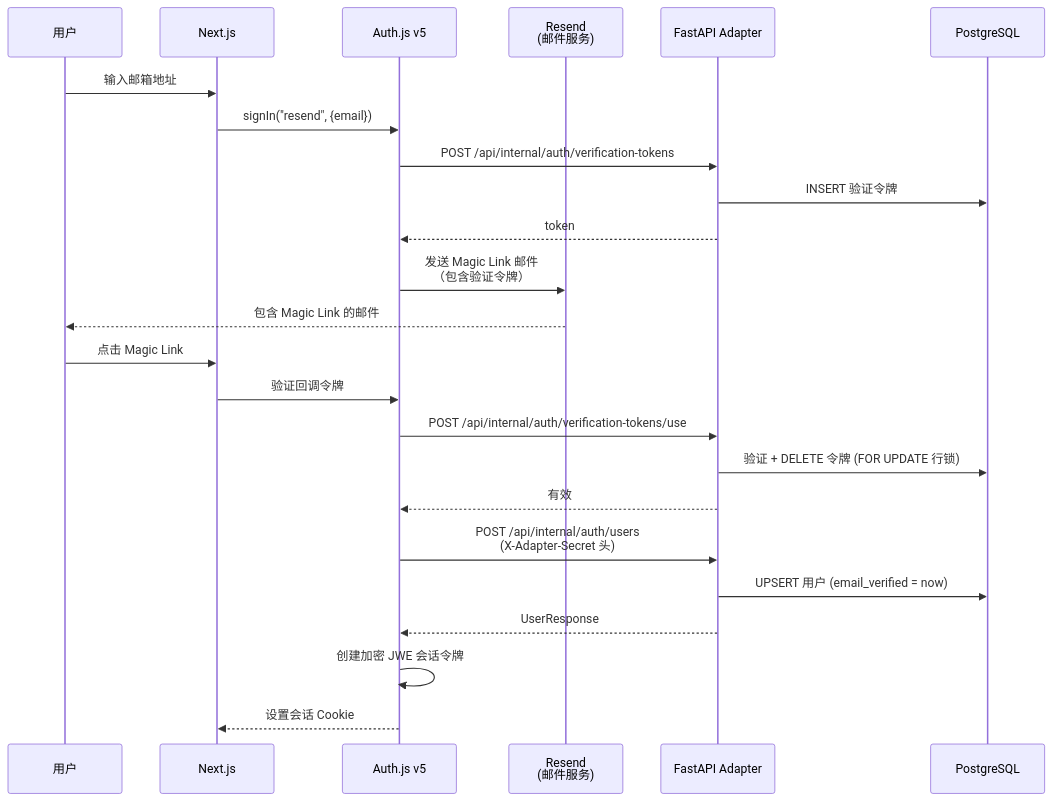
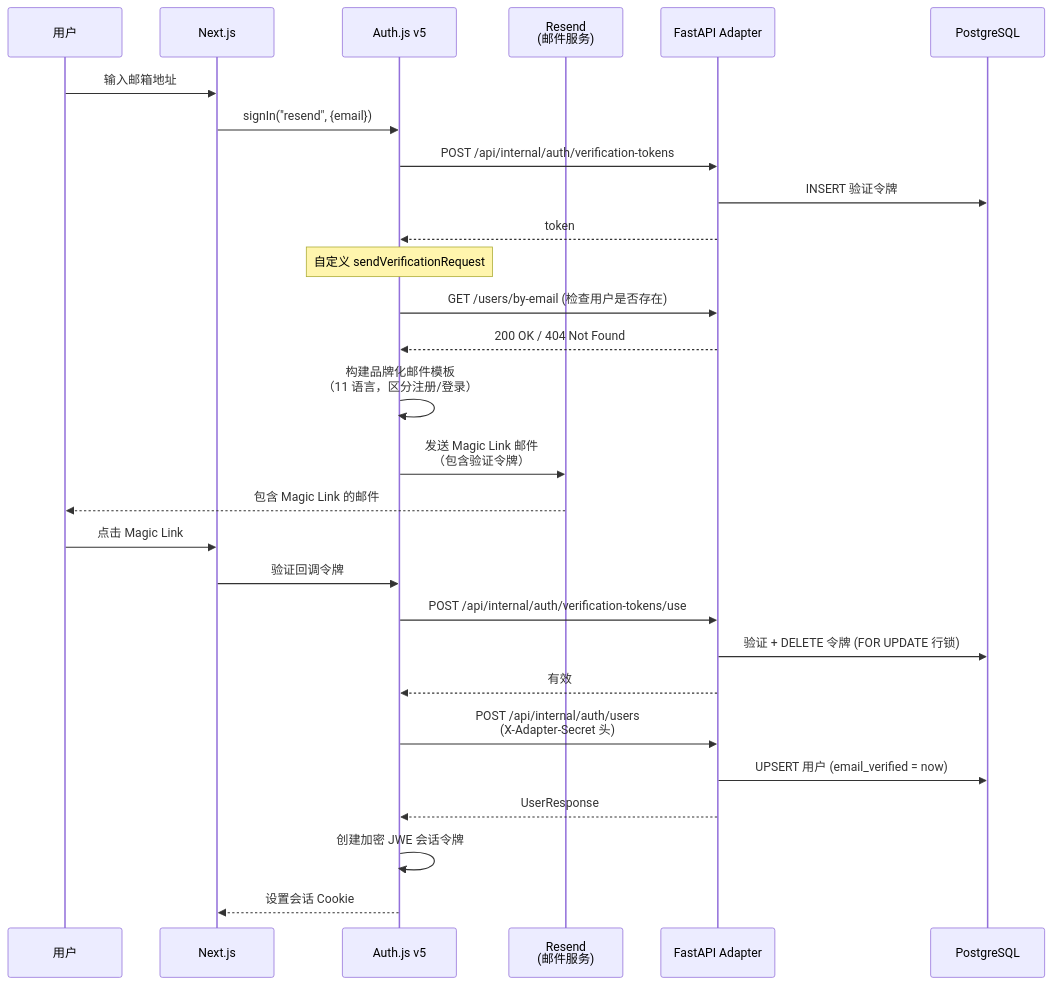
Before and after one commit to Rswcf/DocTalk: the fifth of 9 diagrams in docs/ARCHITECTURE.zh.md, drawn with Mermaid. The commit also changed other lines of this file and 11 other files, not shown here.

First line of the commit message:
docs: rewrite README in 8 languages, harden .gitignore, update architecture docs

````diff
--- a/docs/ARCHITECTURE.zh.md
+++ b/docs/ARCHITECTURE.zh.md
@@ -251,30 +251,35 @@
 ```mermaid
 sequenceDiagram
     participant U as 用户
     participant NJ as Next.js
     participant AJ as Auth.js v5
     participant RS as Resend<br/>(邮件服务)
     participant AD as FastAPI Adapter
     participant DB as PostgreSQL
 
     U->>NJ: 输入邮箱地址
     NJ->>AJ: signIn("resend", {email})
     AJ->>AD: POST /api/internal/auth/verification-tokens
     AD->>DB: INSERT 验证令牌
     AD-->>AJ: token
+
+    Note over AJ: 自定义 sendVerificationRequest
+    AJ->>AD: GET /users/by-email (检查用户是否存在)
+    AD-->>AJ: 200 OK / 404 Not Found
+    AJ->>AJ: 构建品牌化邮件模板<br/>（11 语言，区分注册/登录）
     AJ->>RS: 发送 Magic Link 邮件<br/>（包含验证令牌）
     RS-->>U: 包含 Magic Link 的邮件
 
     U->>NJ: 点击 Magic Link
     NJ->>AJ: 验证回调令牌
     AJ->>AD: POST /api/internal/auth/verification-tokens/use
     AD->>DB: 验证 + DELETE 令牌 (FOR UPDATE 行锁)
     AD-->>AJ: 有效
 
     AJ->>AD: POST /api/internal/auth/users<br/>(X-Adapter-Secret 头)
     AD->>DB: UPSERT 用户 (email_verified = now)
     AD-->>AJ: UserResponse
 
     AJ->>AJ: 创建加密 JWE 会话令牌
     AJ-->>NJ: 设置会话 Cookie
 ```
````
